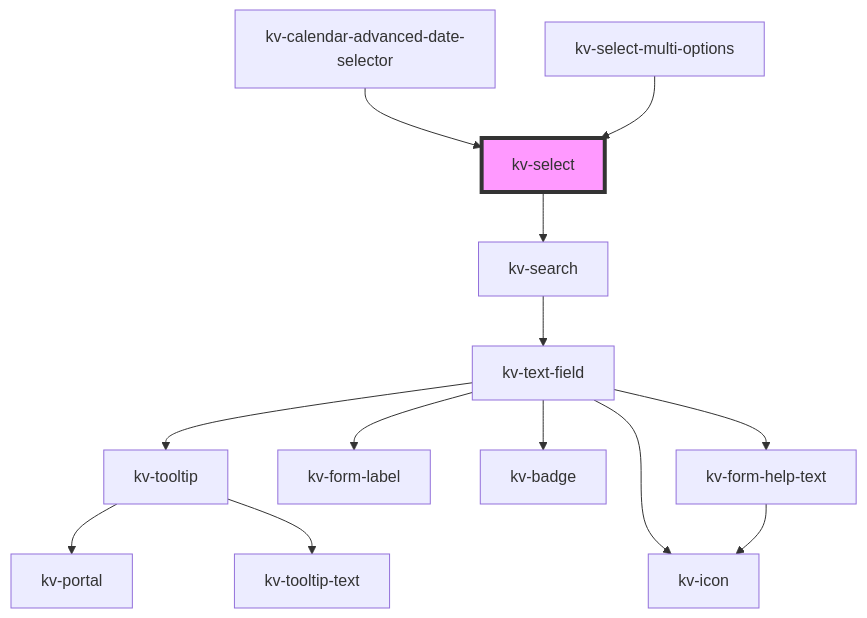
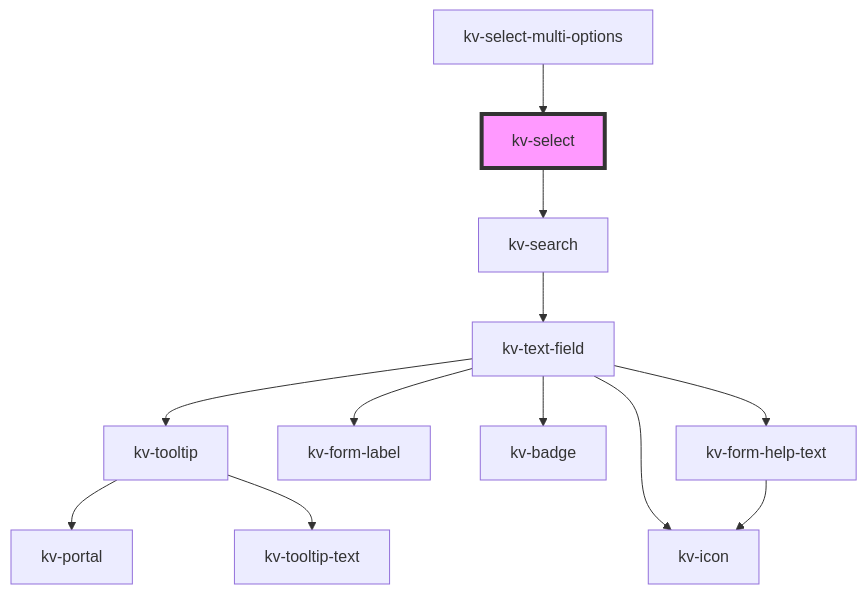
Before and after one commit to kelvininc/ui-components: the diagram in packages/ui-components/src/components/select/readme.md, drawn with Mermaid. The commit also changed other lines of this file and 134 other files, not shown here.

````diff
--- a/packages/ui-components/src/components/select/readme.md
+++ b/packages/ui-components/src/components/select/readme.md
@@ -112,16 +111,15 @@
 ```mermaid
 graph TD;
   kv-select --> kv-search
   kv-search --> kv-text-field
   kv-text-field --> kv-tooltip
   kv-text-field --> kv-form-label
   kv-text-field --> kv-icon
   kv-text-field --> kv-badge
   kv-text-field --> kv-form-help-text
   kv-tooltip --> kv-portal
   kv-tooltip --> kv-tooltip-text
   kv-form-help-text --> kv-icon
-  kv-calendar-advanced-date-selector --> kv-select
   kv-select-multi-options --> kv-select
   style kv-select fill:#f9f,stroke:#333,stroke-width:4px
 ```
````
